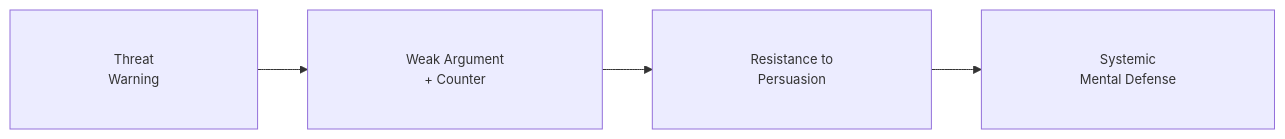
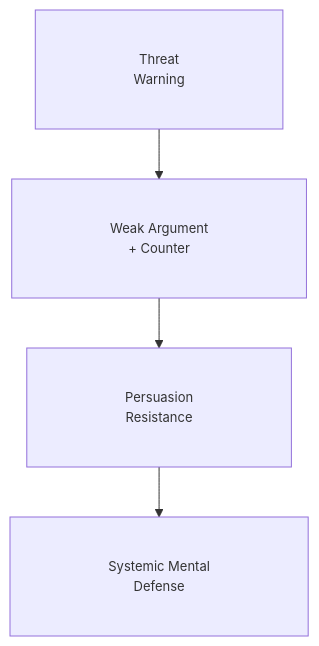
Before and after one commit to GM024/CourseSummaries: the seventh of 7 diagrams in Communication_Influence/Mastery_Guide_SOW_BS033.md, drawn with Mermaid. The commit also changed other lines of this file, not shown here.

Commit message:
Standardize diagrams with Responsive Node Sizing, 13px font, and Quad-Padding

````diff
--- a/Communication_Influence/Mastery_Guide_SOW_BS033.md
+++ b/Communication_Influence/Mastery_Guide_SOW_BS033.md
@@ -213,7 +213,7 @@
 ```mermaid
 %%{init: {'flowchart': {'padding': 40}, 'themeVariables': { 'fontSize': '13px' }}}%%
-graph LR
+graph TD
     Warning["&nbsp;&nbsp;&nbsp;&nbsp; Threat &nbsp;&nbsp;&nbsp;&nbsp;<br/>&nbsp;&nbsp;&nbsp;&nbsp; Warning &nbsp;&nbsp;&nbsp;&nbsp;"] --> Refutation["&nbsp;&nbsp;&nbsp;&nbsp; Weak Argument &nbsp;&nbsp;&nbsp;&nbsp;<br/>&nbsp;&nbsp;&nbsp;&nbsp; + Counter &nbsp;&nbsp;&nbsp;&nbsp;"]
-    Refutation --> Immunity["&nbsp;&nbsp;&nbsp;&nbsp; Resistance to &nbsp;&nbsp;&nbsp;&nbsp;<br/>&nbsp;&nbsp;&nbsp;&nbsp; Persuasion &nbsp;&nbsp;&nbsp;&nbsp;"]
-    Immunity --> Defense["&nbsp;&nbsp;&nbsp;&nbsp; Systemic &nbsp;&nbsp;&nbsp;&nbsp;<br/>&nbsp;&nbsp;&nbsp;&nbsp; Mental Defense &nbsp;&nbsp;&nbsp;&nbsp;"]
+    Refutation --> Immunity["&nbsp;&nbsp;&nbsp;&nbsp; Persuasion &nbsp;&nbsp;&nbsp;&nbsp;<br/>&nbsp;&nbsp;&nbsp;&nbsp; Resistance &nbsp;&nbsp;&nbsp;&nbsp;"]
+    Immunity --> Defense["&nbsp;&nbsp;&nbsp;&nbsp; Systemic Mental &nbsp;&nbsp;&nbsp;&nbsp;<br/>&nbsp;&nbsp;&nbsp;&nbsp; Defense &nbsp;&nbsp;&nbsp;&nbsp;"]
 ```
````
